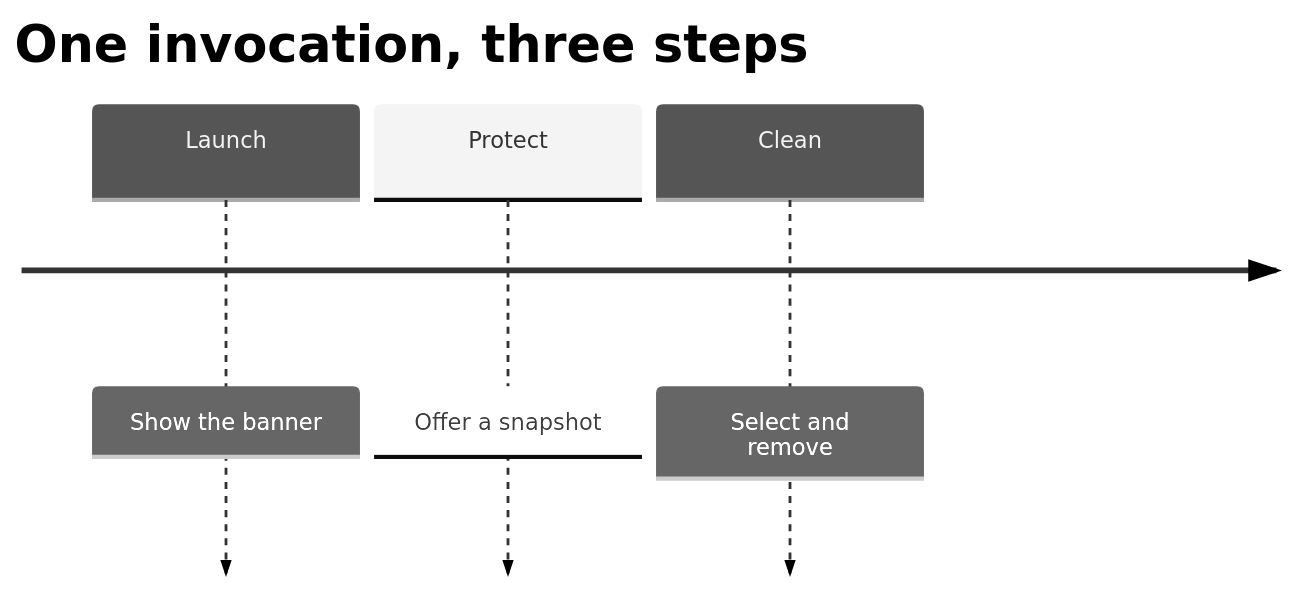
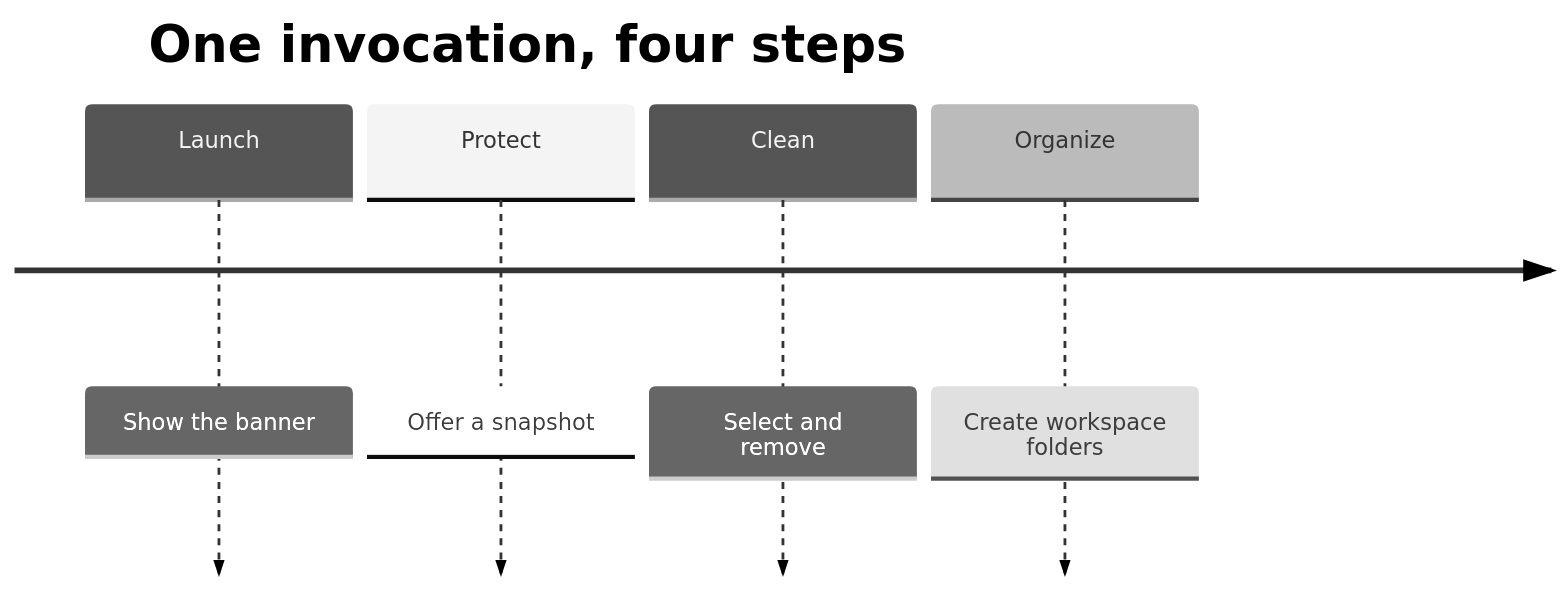
One commit to Armoghans-Organization/Omarchy-Tweaker changed the second of 3 diagrams in docs/index.md. Above: the diagram before and after it, drawn with Mermaid (neutral theme). The commit also changed other lines of this file and 16 other files, not shown here.

````diff
--- a/docs/index.md
+++ b/docs/index.md
@@ -111,7 +112,8 @@
 ```mermaid
 timeline
-    title One invocation, three steps
+    title One invocation, four steps
     Launch : Show the banner
     Protect : Offer a snapshot
     Clean : Select and remove
+    Organize : Create workspace folders
 ```
````
